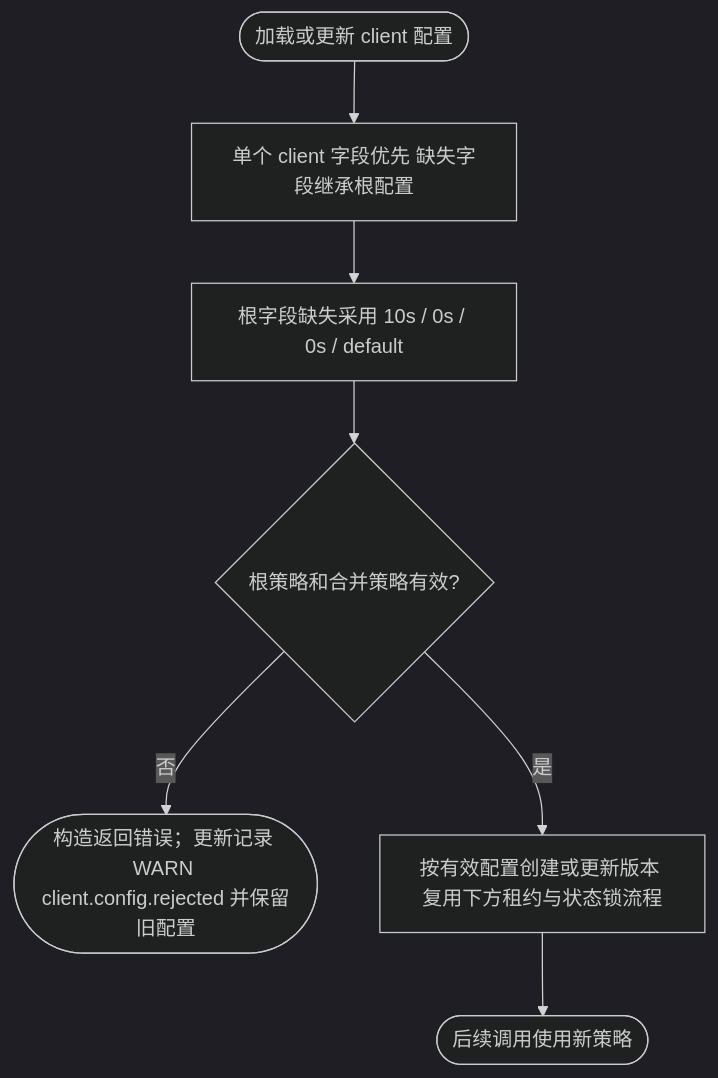
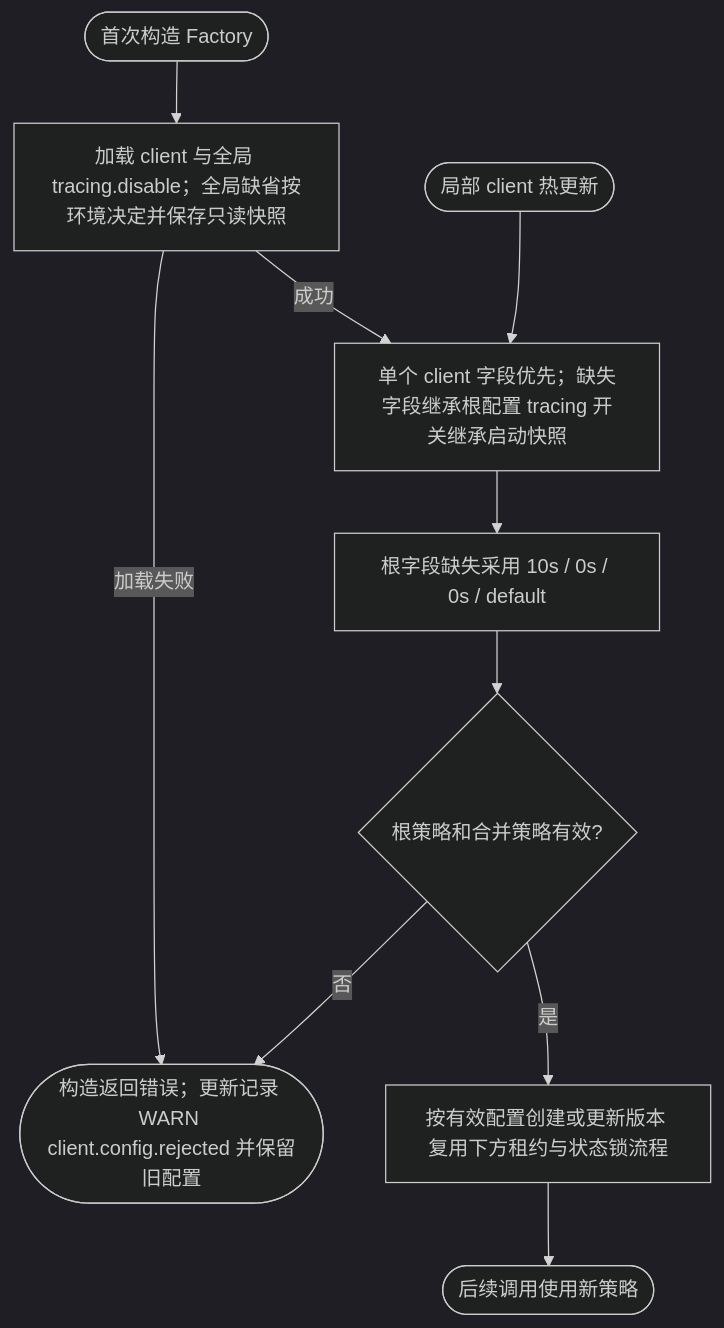
One commit to jaggerzhuang1994/kratos-foundation changed the second of 9 diagrams in pkg/client/README.md. Above: the diagram before and after it, drawn with Mermaid (dark theme). The commit also changed other lines of this file and 59 other files, not shown here.

````diff
--- a/pkg/client/README.md
+++ b/pkg/client/README.md
@@ -82,9 +84,12 @@
 ```mermaid
 flowchart TD
-    A([加载或更新 client 配置]) --> B[单个 client 字段优先 缺失字段继承根配置]
+    A([首次构造 Factory]) --> A1[加载 client 与全局 tracing.disable；全局缺省按环境决定并保存只读快照]
+    A1 -- 加载失败 --> E
+    A1 -- 成功 --> B[单个 client 字段优先；缺失字段继承根配置 tracing 开关继承启动快照]
+    A2([局部 client 热更新]) --> B
     B --> C[根字段缺失采用 10s / 0s / 0s / default]
     C --> D{根策略和合并策略有效?}
     D -- 否 --> E([构造返回错误；更新记录 WARN client.config.rejected 并保留旧配置])
     D -- 是 --> F[按有效配置创建或更新版本 复用下方租约与状态锁流程]
     F --> G([后续调用使用新策略])
 ```
````
